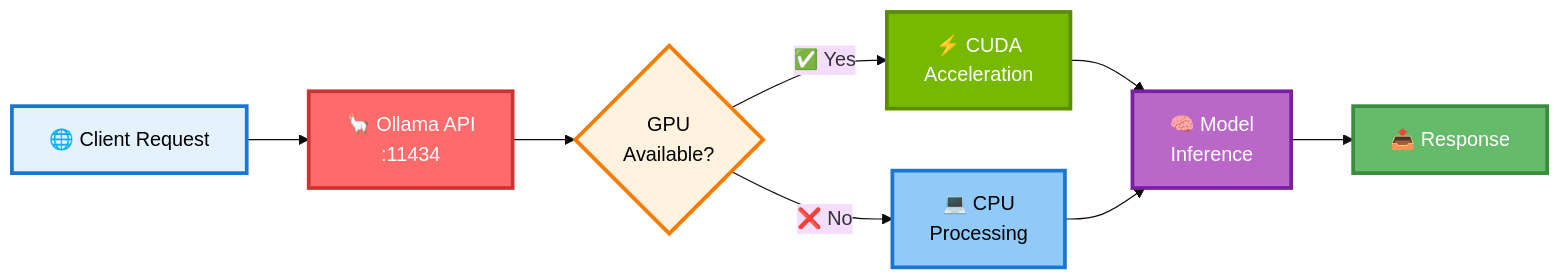
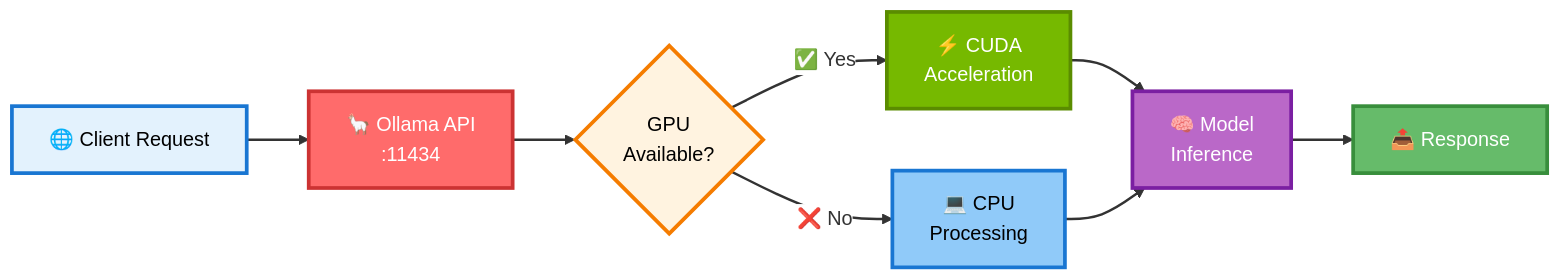
The second of 14 diagrams in docs/ARCHITECTURE.md (MPFabio/Stack-IA), drawn with Mermaid before and after one commit. The commit also changed other lines of this file, not shown here.

First line of the commit message:
fix(docs): Ajout flèches visibles sur tous les diagrammes

````diff
--- a/docs/ARCHITECTURE.md
+++ b/docs/ARCHITECTURE.md
@@ -120,19 +120,21 @@
 ```mermaid
-%%{init: {'theme':'base', 'themeVariables': { 'fontSize':'16px'}}}%%
+%%{init: {'theme':'base', 'themeVariables': { 'fontSize':'16px', 'lineColor':'#333', 'primaryColor':'#fff', 'primaryBorderColor':'#333'}}}%%
 graph LR
     A["🌐 Client Request"] --> B["🦙 Ollama API<br/>:11434"]
     B --> C{"GPU<br/>Available?"}
     C -->|"✅ Yes"| D["⚡ CUDA<br/>Acceleration"]
     C -->|"❌ No"| E["💻 CPU<br/>Processing"]
     D --> F["🧠 Model<br/>Inference"]
     E --> F
     F --> G["📤 Response"]
     
     style A fill:#e3f2fd,stroke:#1976d2,stroke-width:3px,color:#000
     style B fill:#ff6b6b,stroke:#cc3333,stroke-width:3px,color:#fff
     style C fill:#fff3e0,stroke:#f57c00,stroke-width:3px,color:#000
     style D fill:#76b900,stroke:#5a8c00,stroke-width:3px,color:#fff
     style E fill:#90caf9,stroke:#1976d2,stroke-width:3px,color:#000
     style F fill:#ba68c8,stroke:#7b1fa2,stroke-width:3px,color:#fff
     style G fill:#66bb6a,stroke:#388e3c,stroke-width:3px,color:#fff
+    
+    linkStyle default stroke:#333,stroke-width:2px
 ```
````
